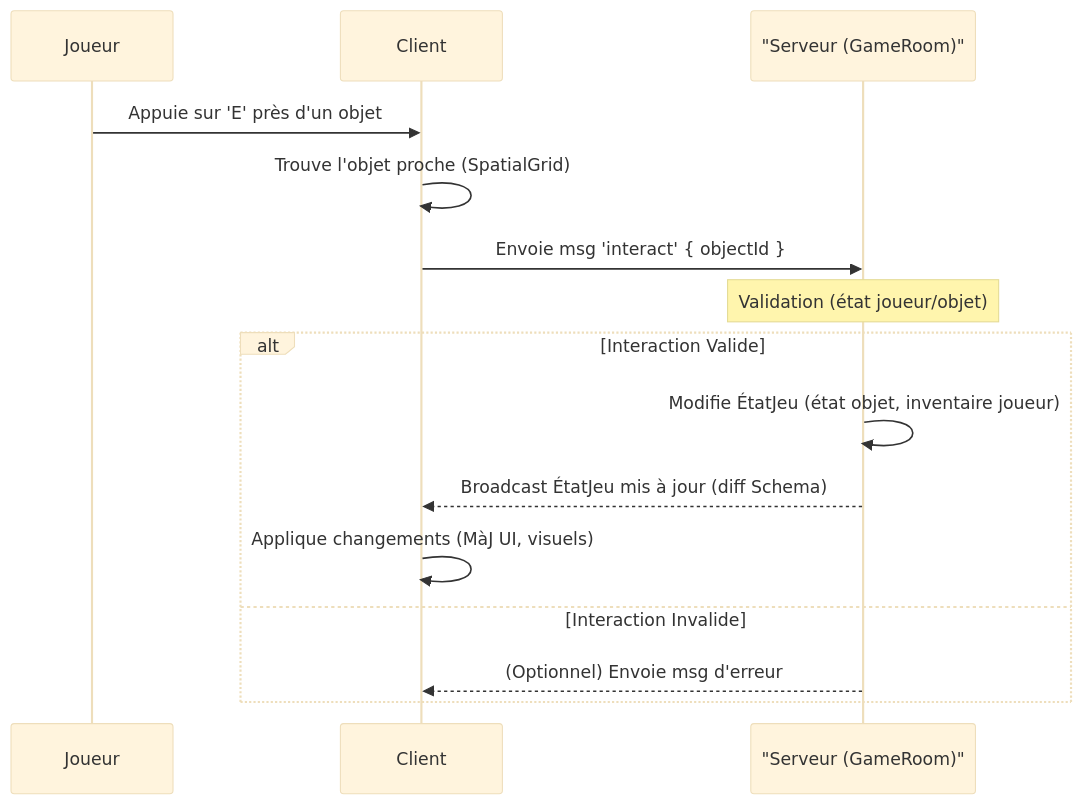
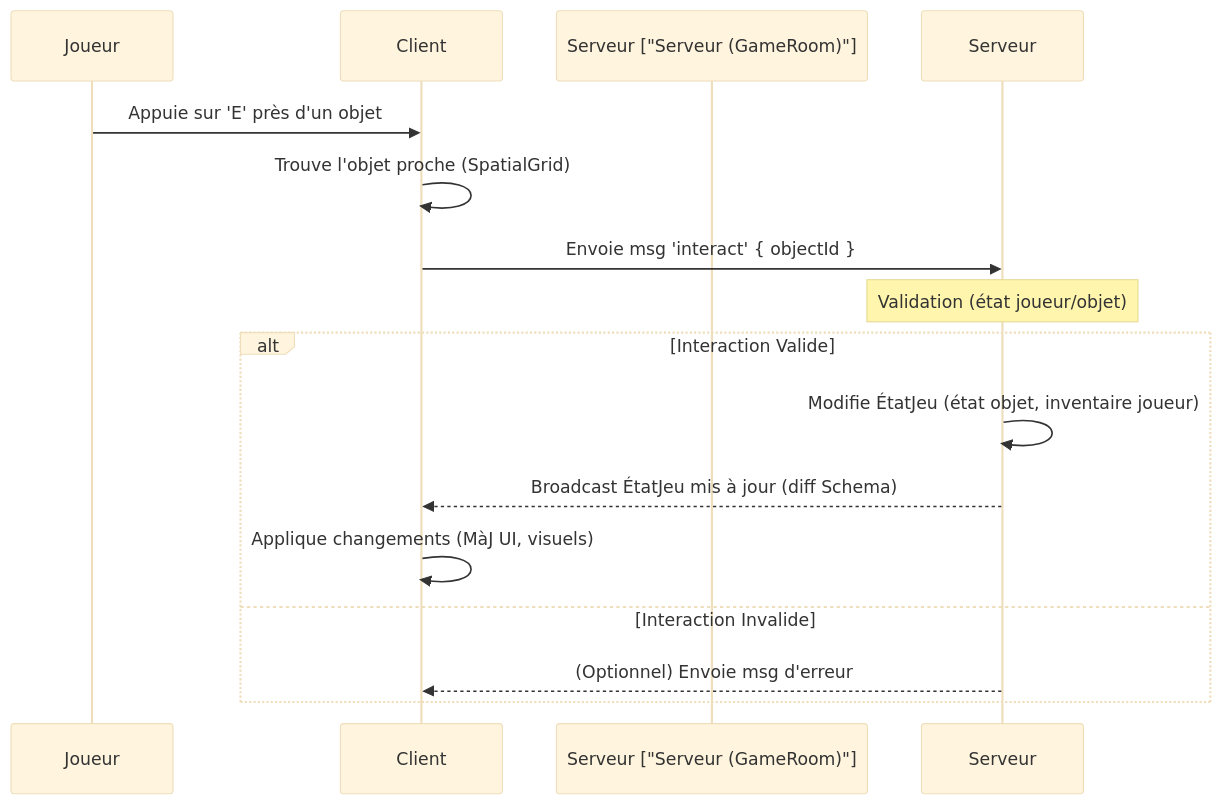
The second of 3 diagrams in README.md (TriForMine/Delixia), drawn with Mermaid (base theme) before and after one commit. The commit also changed other lines of this file, not shown here.

Commit message:
fix(README): update diagram labels for consistency and clarity

````diff
--- a/README.md
+++ b/README.md
@@ -106,18 +106,18 @@
     ```mermaid
     sequenceDiagram
         participant Joueur
         participant Client
-        participant "Serveur (GameRoom)"
+        participant Serveur ["Serveur (GameRoom)"]
 
         Joueur->>Client: Appuie sur 'E' près d'un objet
         Client->>Client: Trouve l'objet proche (SpatialGrid)
-        Client->>"Serveur (GameRoom)": Envoie msg 'interact' { objectId }
-        Note over "Serveur (GameRoom)": Validation (état joueur/objet)
+        Client->>Serveur: Envoie msg 'interact' { objectId }
+        Note over Serveur: Validation (état joueur/objet)
         alt Interaction Valide
-            "Serveur (GameRoom)"->>"Serveur (GameRoom)": Modifie ÉtatJeu (état objet, inventaire joueur)
-            "Serveur (GameRoom)"-->>Client: Broadcast ÉtatJeu mis à jour (diff Schema)
+            Serveur->>Serveur: Modifie ÉtatJeu (état objet, inventaire joueur)
+            Serveur-->>Client: Broadcast ÉtatJeu mis à jour (diff Schema)
             Client->>Client: Applique changements (MàJ UI, visuels)
         else Interaction Invalide
-            "Serveur (GameRoom)"-->>Client: (Optionnel) Envoie msg d'erreur
+            Serveur-->>Client: (Optionnel) Envoie msg d'erreur
         end
     ```
````
